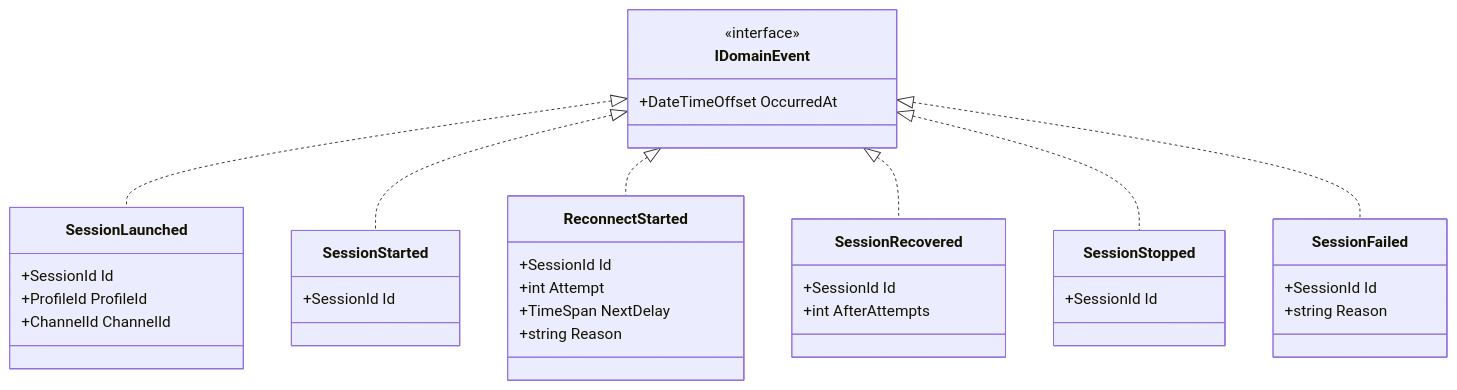
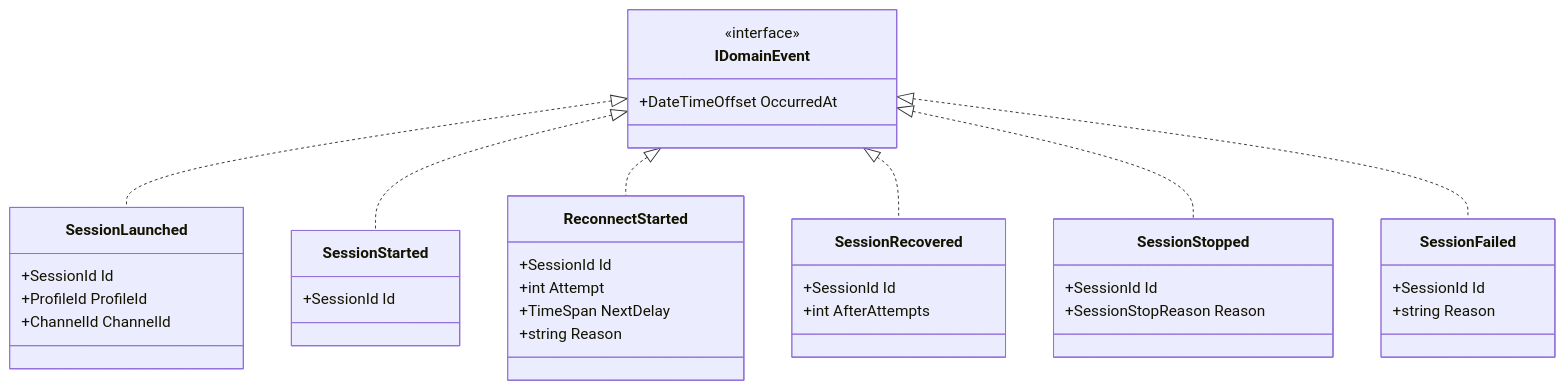
One commit to oliver254/Nagare changed the third of 4 diagrams in docs/domain-model.md. Above: the diagram before and after it, drawn with Mermaid. The commit also changed other lines of this file and 18 other files, not shown here.

````diff
--- a/docs/domain-model.md
+++ b/docs/domain-model.md
@@ -191,38 +213,39 @@
 ```mermaid
 classDiagram
     class IDomainEvent {
         <<interface>>
         +DateTimeOffset OccurredAt
     }
     class SessionLaunched {
         +SessionId Id
         +ProfileId ProfileId
         +ChannelId ChannelId
     }
     class SessionStarted {
         +SessionId Id
     }
     class ReconnectStarted {
         +SessionId Id
         +int Attempt
         +TimeSpan NextDelay
         +string Reason
     }
     class SessionRecovered {
         +SessionId Id
         +int AfterAttempts
     }
     class SessionStopped {
         +SessionId Id
+        +SessionStopReason Reason
     }
     class SessionFailed {
         +SessionId Id
         +string Reason
     }
     IDomainEvent <|.. SessionLaunched
     IDomainEvent <|.. SessionStarted
     IDomainEvent <|.. ReconnectStarted
     IDomainEvent <|.. SessionRecovered
     IDomainEvent <|.. SessionStopped
     IDomainEvent <|.. SessionFailed
 ```
````
